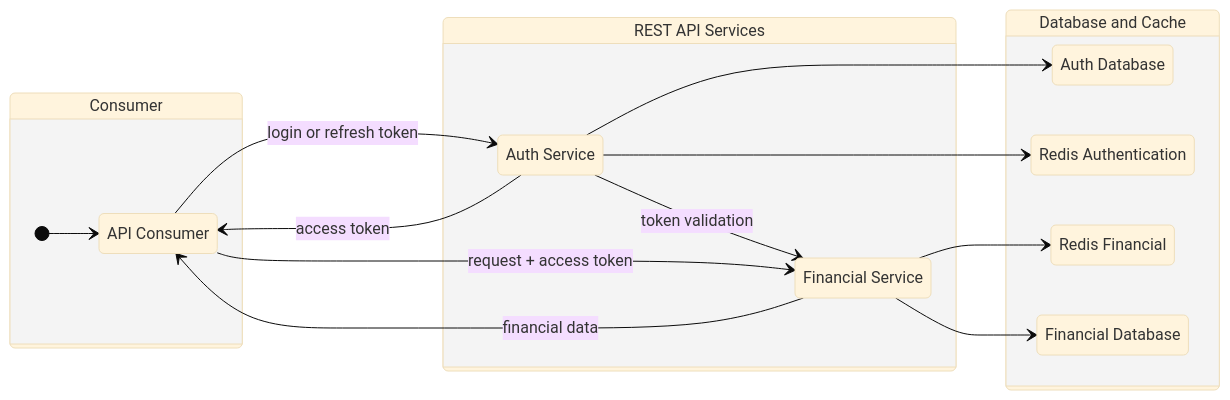
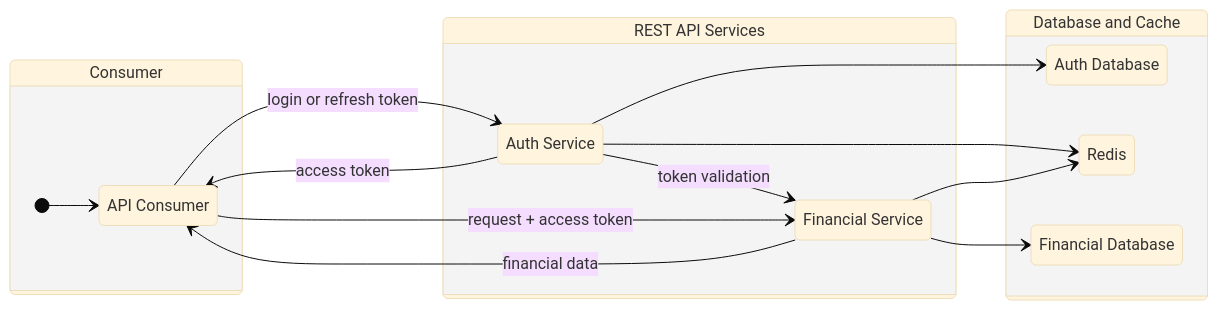
One commit to shimisnow/poc-nestjs changed the first of 2 diagrams in README.md. Above: the diagram before and after it, drawn with Mermaid (base theme). The commit also changed other lines of this file and 1 other file, not shown here.

Commit message:
docs[#148]: add mermaid diagrams to testcontainers flow

````diff
--- a/README.md
+++ b/README.md
@@ -40,32 +41,31 @@
 ```mermaid
 stateDiagram-v2
 direction LR
 
 state "Consumer" as consumer {
     [*] --> api_consumer
     state "API Consumer" as api_consumer
 }
 
 state "REST API Services" as service {
     state "Auth Service" as auth
     state "Financial Service" as financial
     auth --> financial: token validation
 }
 
 state "Database and Cache" as storage {
     state "Auth Database" as auth_db
-    state "Redis Authentication" as redis_auth
-    state "Redis Financial" as redis_financial
+    state "Redis" as redis
     state "Financial Database" as financial_db
 }
 
 api_consumer --> auth: login or refresh token
 auth --> api_consumer: access token
 api_consumer --> financial: request + access token
 financial --> api_consumer: financial data
 
 auth --> auth_db
-auth --> redis_auth
-financial --> redis_financial
+auth --> redis
+financial --> redis
 financial --> financial_db
 ```
````
